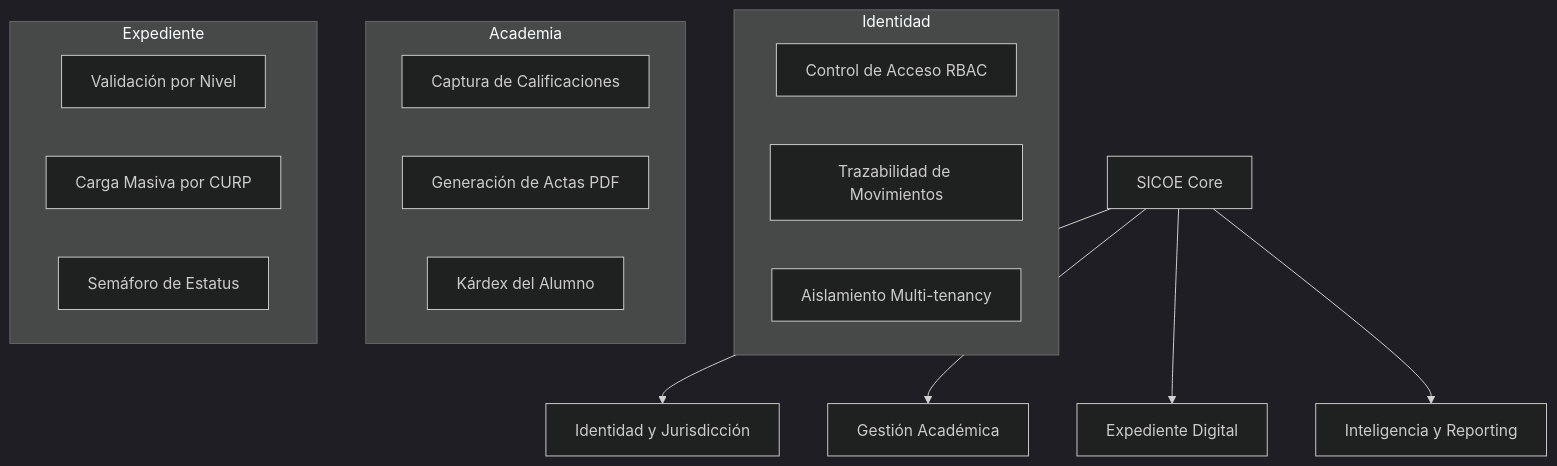
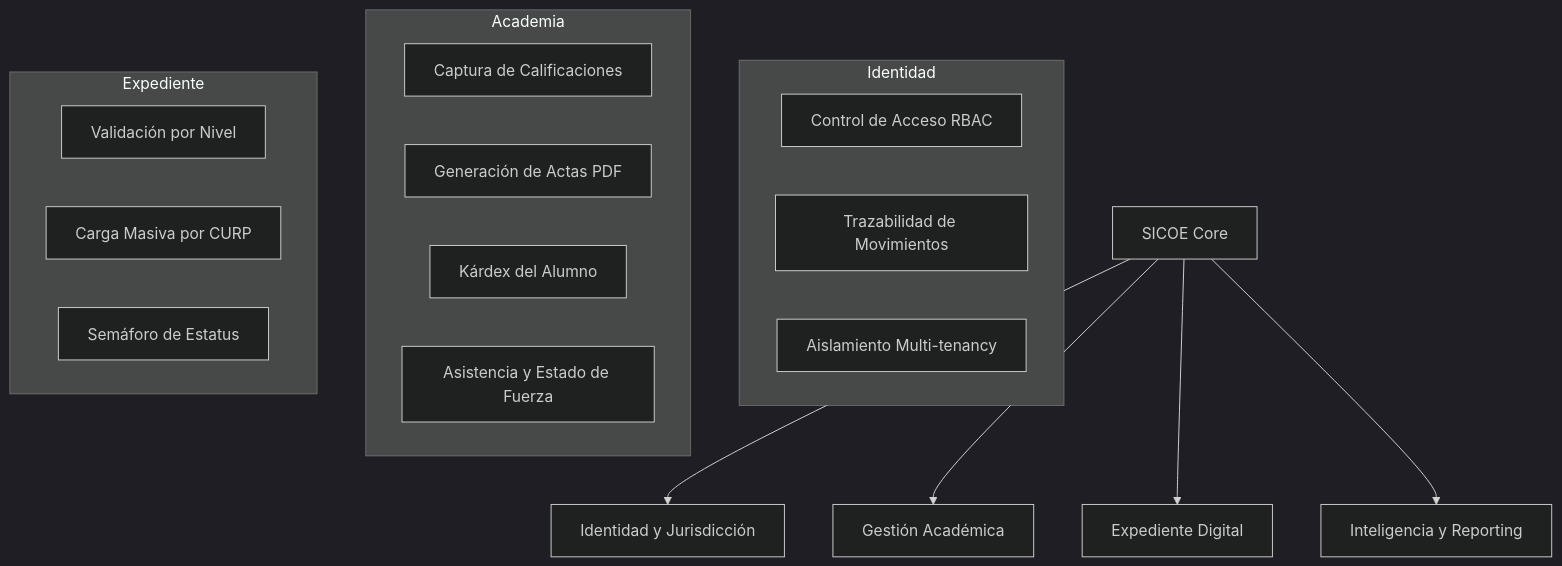
Before and after one commit to benitezlev/sicoeV26: the first of 2 diagrams in RESUMEN_PRESENTACION_SICOE.md, drawn with Mermaid (dark theme). The commit also changed other lines of this file and 3 other files, not shown here.

````diff
--- a/RESUMEN_PRESENTACION_SICOE.md
+++ b/RESUMEN_PRESENTACION_SICOE.md
@@ -13,25 +13,26 @@
 ```mermaid
 graph TD
     A[SICOE Core] --> B[Identidad y Jurisdicción]
     A --> C[Gestión Académica]
     A --> D[Expediente Digital]
     A --> E[Inteligencia y Reporting]
 
     subgraph "Identidad"
     B1[Control de Acceso RBAC]
     B2[Trazabilidad de Movimientos]
     B3[Aislamiento Multi-tenancy]
     end
 
     subgraph "Academia"
     C1[Captura de Calificaciones]
     C2[Generación de Actas PDF]
     C3[Kárdex del Alumno]
+    C4[Asistencia y Estado de Fuerza]
     end
 
     subgraph "Expediente"
     D1[Validación por Nivel]
     D2[Carga Masiva por CURP]
     D3[Semáforo de Estatus]
     end
 ```
````
